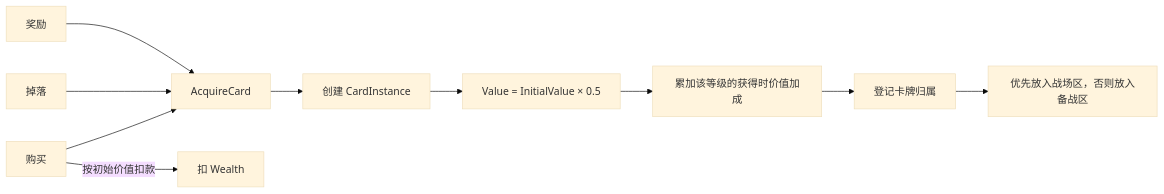
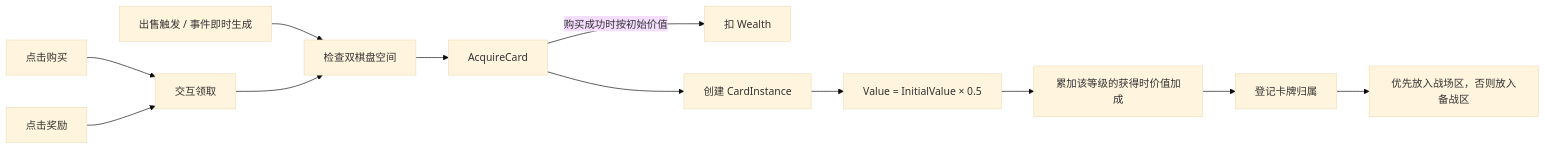
One commit to WayneTang99/Project_Star changed the third of 5 diagrams in docs/ARCHITECTURE.md. Above: the diagram before and after it, drawn with Mermaid (base theme). The commit also changed other lines of this file and 3 other files, not shown here.

````diff
--- a/docs/ARCHITECTURE.md
+++ b/docs/ARCHITECTURE.md
@@ -183,12 +183,14 @@
 ```mermaid
 flowchart LR
-    Buy["购买"] --> Acquire["AcquireCard"]
-    Drop["掉落"] --> Acquire
-    Reward["奖励"] --> Acquire
-    Buy -->|"按初始价值扣款"| Pay["扣 Wealth"]
+    Buy["点击购买"] --> Claim["交互领取"]
+    Reward["点击奖励"] --> Claim
+    Auto["出售触发 / 事件即时生成"] --> Capacity["检查双棋盘空间"]
+    Claim --> Capacity
+    Capacity --> Acquire["AcquireCard"]
+    Acquire -->|"购买成功时按初始价值"| Pay["扣 Wealth"]
     Acquire --> Create["创建 CardInstance"]
     Create --> Half["Value = InitialValue × 0.5"]
     Half --> Bonus["累加该等级的获得时价值加成"]
     Bonus --> Owned["登记卡牌归属"]
     Owned --> AutoPlace["优先放入战场区，否则放入备战区"]
 ```
````
